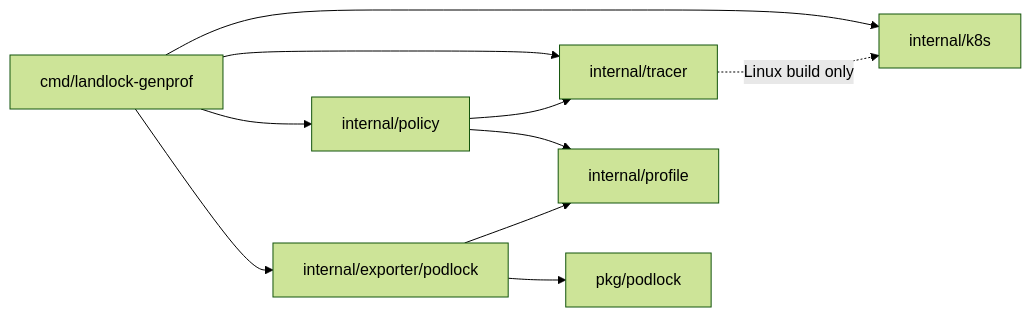
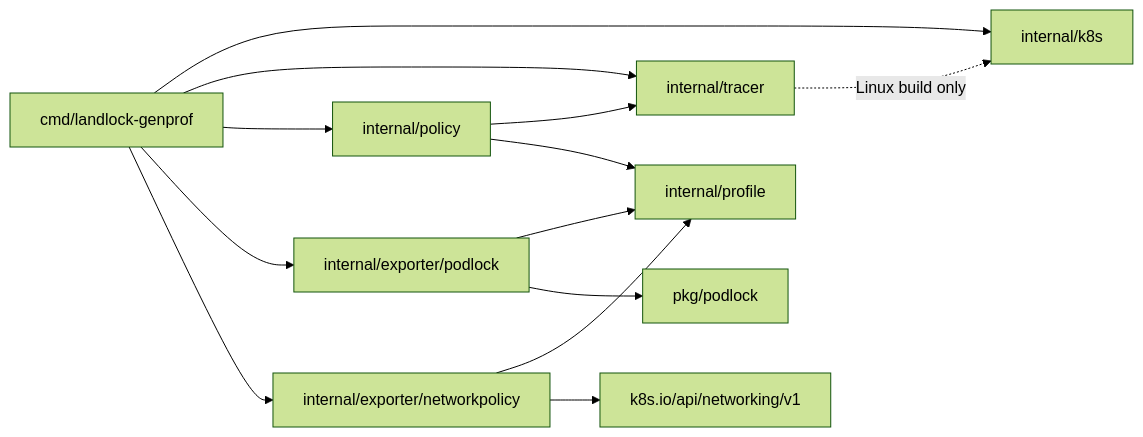
One commit to idriss-eliguene/landlock-genprof changed the third of 3 diagrams in docs/architecture.md. Above: the diagram before and after it, drawn with Mermaid (forest theme). The commit also changed other lines of this file and 13 other files, not shown here.

````diff
--- a/docs/architecture.md
+++ b/docs/architecture.md
@@ -138,20 +172,25 @@
 ```mermaid
 flowchart LR
     cmd["cmd/landlock-genprof"]
     k8s["internal/k8s"]
     tracer["internal/tracer"]
     policy["internal/policy"]
     ir["internal/profile"]
     exporter["internal/exporter/podlock"]
     podlock["pkg/podlock"]
+    netexporter["internal/exporter/networkpolicy"]
+    netpolicyapi["k8s.io/api/networking/v1"]
 
     cmd --> k8s
     cmd --> tracer
     cmd --> policy
     cmd --> exporter
+    cmd --> netexporter
     policy --> tracer
     policy --> ir
     exporter --> ir
     exporter --> podlock
+    netexporter --> ir
+    netexporter --> netpolicyapi
     tracer -. "Linux build only" .-> k8s
 ```
````
